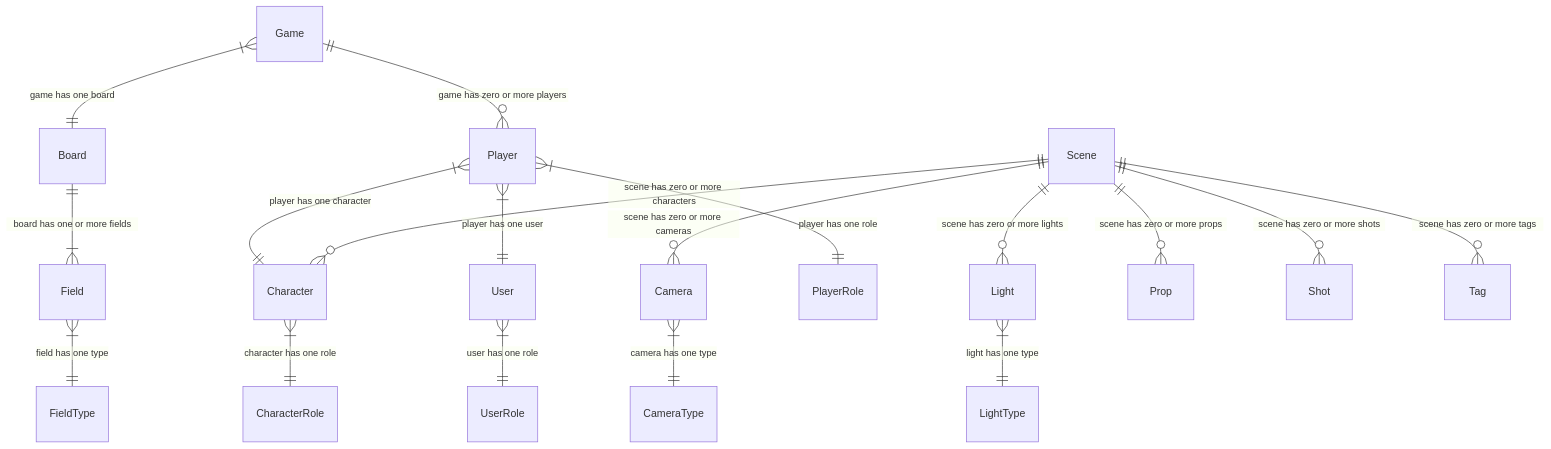
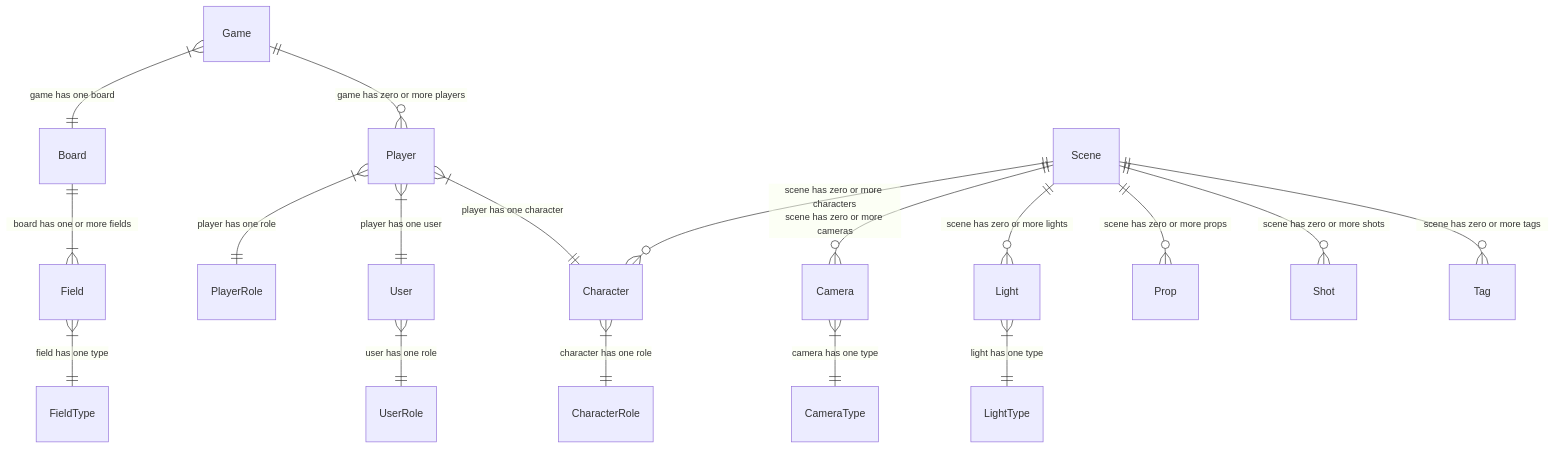
The diagram in 300/900/README.md (vanHeemstraSystems/flask-babylonjs), drawn with Mermaid before and after one commit.

````diff
--- a/300/900/README.md
+++ b/300/900/README.md
@@ -3,30 +3,30 @@
 ``` mermaid
 erDiagram
     Board ||--|{ Field : "board has one or more fields"
     Camera }|--|| CameraType : "camera has one type"
     CameraType
     Character }|--|| CharacterRole : "character has one role"
     CharacterRole
     Field }|--|| FieldType : "field has one type"
     Field
     FieldType
     Game }|--|| Board : "game has one board"
     Game ||--o{ Player : "game has zero or more players"
     Light }|--|| LightType : "light has one type"
     LightType
-    Player }|--|| Character : "player has one character"
     Player }|--|| PlayerRole : "player has one role"
-    Player }|--|| User : "player has one user"    
+    Player }|--|| User : "player has one user"  
+    Player }|--|| Character : "player has one character"  
     PlayerRole
     Prop
+    Scene ||--o{ Character : "scene has zero or more characters"
     Scene ||--o{ Camera : "scene has zero or more cameras"
-    Scene ||--o{ Character : "scene has zero or more characters"
     Scene ||--o{ Light : "scene has zero or more lights"
     Scene ||--o{ Prop : "scene has zero or more props"
     Scene ||--o{ Shot : "scene has zero or more shots"    
     Scene ||--o{ Tag : "scene has zero or more tags"
     Shot
     Tag
     User }|--|| UserRole : "user has one role"
     UserRole
 ```
````
